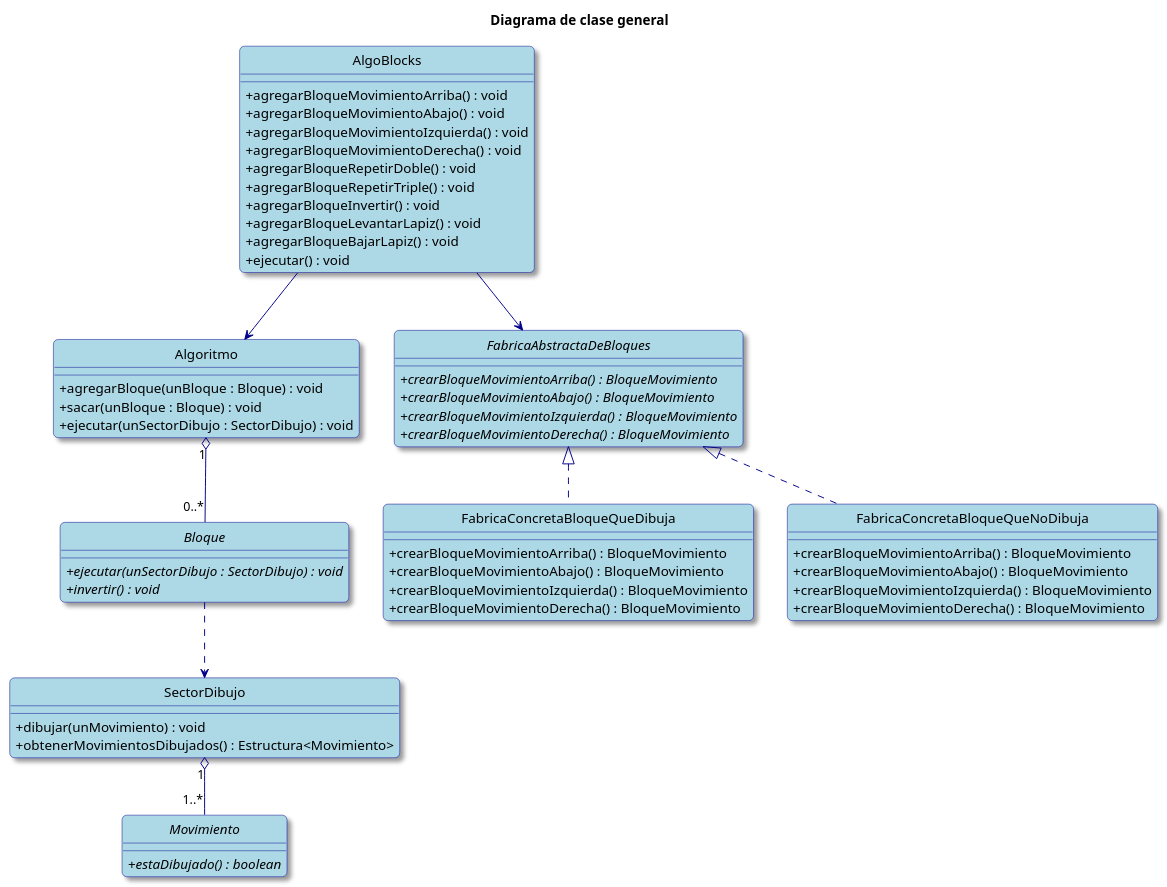
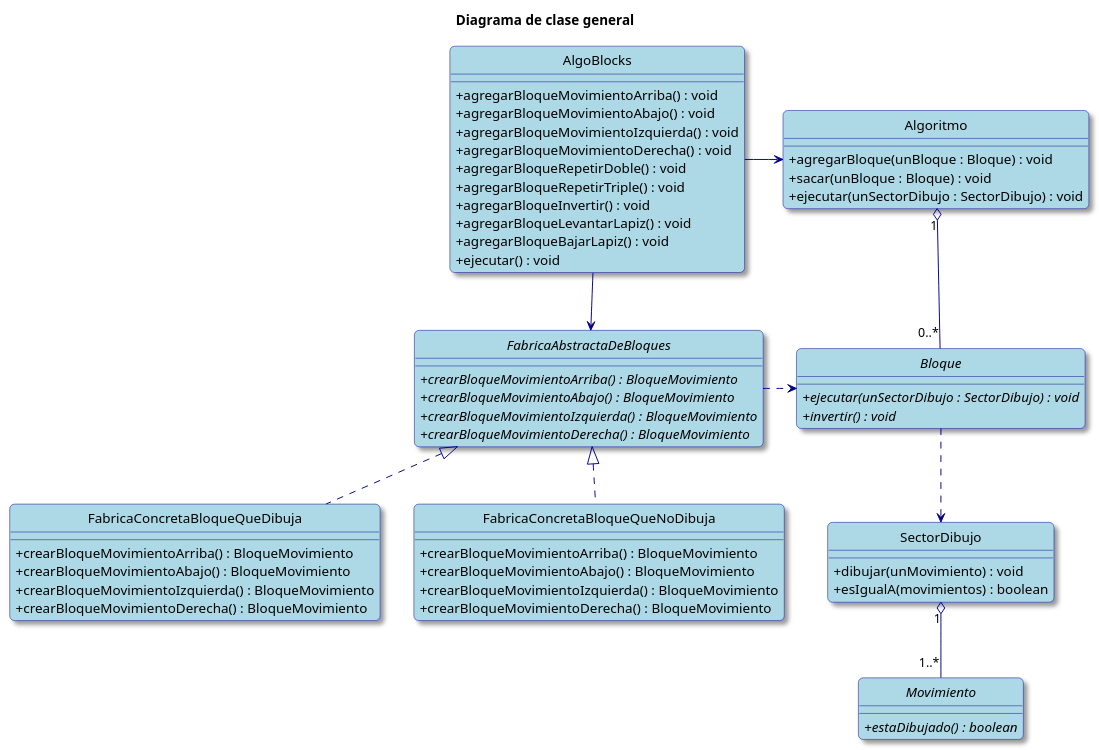
The first of 7 diagrams in diagramas-uml.puml (valva-ro/Algo3-TP2-AlgoBlocks), drawn with PlantUML before and after one commit. The commit also changed other lines of this file and 1 other file, not shown here.

Commit message:
docs: Actualice el informe y los diagramas

```diff
--- a/diagramas-uml.puml
+++ b/diagramas-uml.puml
@@ -1,78 +1,80 @@
 @startuml
 hide circle
 skinparam classAttributeIconSize 0
 skinparam backgroundColor White
 skinparam RoundCorner 10
 skinparam Shadowing true
 
 skinparam class {
     ArrowColor DarkBlue
     BackgroundColor LightBlue
     BorderColor DarkBlue
 }
 
 skinparam note {
     BackgroundColor LightYellow
     BorderColor DarkBlue
 }
 
 title Diagrama de clase general
 
 class AlgoBlocks {
     + agregarBloqueMovimientoArriba() : void
     + agregarBloqueMovimientoAbajo() : void
     + agregarBloqueMovimientoIzquierda() : void
     + agregarBloqueMovimientoDerecha() : void
     + agregarBloqueRepetirDoble() : void
     + agregarBloqueRepetirTriple() : void
     + agregarBloqueInvertir() : void
     + agregarBloqueLevantarLapiz() : void
     + agregarBloqueBajarLapiz() : void
     + ejecutar() : void
 }
-AlgoBlocks --> Algoritmo
-AlgoBlocks --> FabricaAbstractaDeBloques
-FabricaAbstractaDeBloques <|.. FabricaConcretaBloqueQueDibuja
-FabricaAbstractaDeBloques <|.. FabricaConcretaBloqueQueNoDibuja
+
 interface FabricaAbstractaDeBloques {
     + {abstract} crearBloqueMovimientoArriba() : BloqueMovimiento
     + {abstract} crearBloqueMovimientoAbajo() : BloqueMovimiento
     + {abstract} crearBloqueMovimientoIzquierda() : BloqueMovimiento
     + {abstract} crearBloqueMovimientoDerecha() : BloqueMovimiento
 }
 class FabricaConcretaBloqueQueDibuja {
     + crearBloqueMovimientoArriba() : BloqueMovimiento
     + crearBloqueMovimientoAbajo() : BloqueMovimiento
     + crearBloqueMovimientoIzquierda() : BloqueMovimiento
     + crearBloqueMovimientoDerecha() : BloqueMovimiento
 }
 class FabricaConcretaBloqueQueNoDibuja {
     + crearBloqueMovimientoArriba() : BloqueMovimiento
     + crearBloqueMovimientoAbajo() : BloqueMovimiento
     + crearBloqueMovimientoIzquierda() : BloqueMovimiento
     + crearBloqueMovimientoDerecha() : BloqueMovimiento
 }
 
 interface Bloque {
     + {abstract} ejecutar(unSectorDibujo : SectorDibujo) : void
     + {abstract} invertir() : void
 }
 
 class SectorDibujo {
     + dibujar(unMovimiento) : void
-    + obtenerMovimientosDibujados() : Estructura<Movimiento>
+    + esIgualA(movimientos) : boolean
 }
 
 interface Movimiento {
     + {abstract} estaDibujado() : boolean
 }
 
 class Algoritmo {
     + agregarBloque(unBloque : Bloque) : void
     + sacar(unBloque : Bloque) : void
     + ejecutar(unSectorDibujo : SectorDibujo) : void
 }
 Algoritmo "1" o-- "0..*" Bloque
-Bloque ..down> SectorDibujo
+Bloque ..> SectorDibujo
 SectorDibujo "1" o-- "1..*" Movimiento
+FabricaAbstractaDeBloques .> Bloque
+AlgoBlocks -> Algoritmo
+AlgoBlocks --> FabricaAbstractaDeBloques
+FabricaAbstractaDeBloques <|.. FabricaConcretaBloqueQueDibuja
+FabricaAbstractaDeBloques <|.. FabricaConcretaBloqueQueNoDibuja
 @enduml
```
